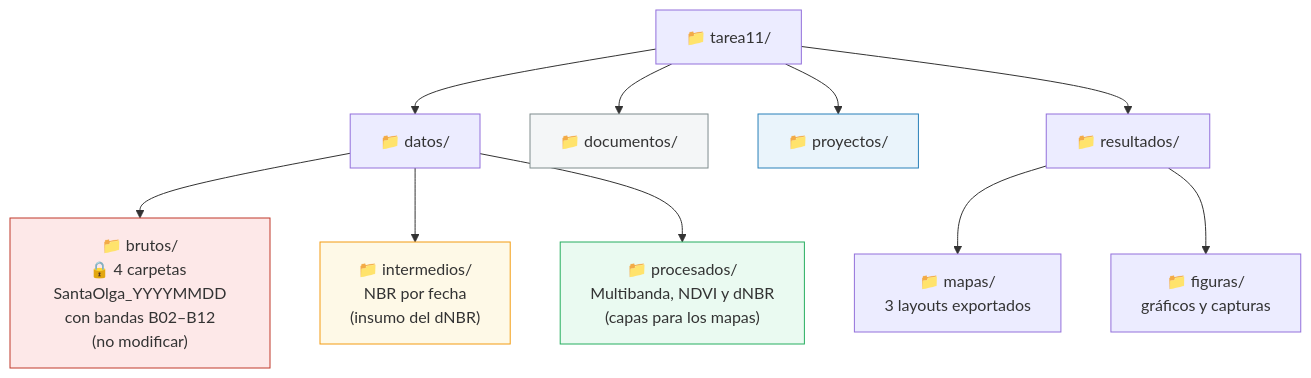
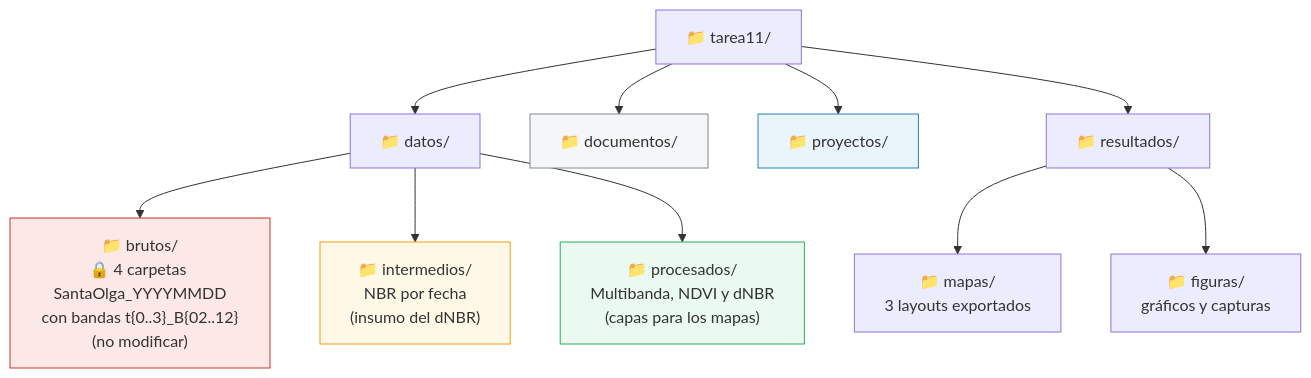
The diagram in homeworks/tarea11.qmd (felipejordanc/sus2211), drawn with Mermaid before and after one commit. The commit also changed other lines of this file and 28 other files, not shown here.

````diff
--- a/homeworks/tarea11.qmd
+++ b/homeworks/tarea11.qmd
@@ -81,20 +87,20 @@
 ```{mermaid}
 flowchart TD
     A["📁 tarea11/"] --> B["📁 datos/"]
     A --> C["📁 documentos/"]
     A --> D["📁 proyectos/"]
     A --> E["📁 resultados/"]
 
-    B --> F["📁 brutos/<br>🔒 4 carpetas SantaOlga_YYYYMMDD<br>con bandas B02–B12<br>(no modificar)"]
+    B --> F["📁 brutos/<br>🔒 4 carpetas SantaOlga_YYYYMMDD<br>con bandas t{0..3}_B{02..12}<br>(no modificar)"]
     B --> G["📁 intermedios/<br>NBR por fecha<br>(insumo del dNBR)"]
     B --> H["📁 procesados/<br>Multibanda, NDVI y dNBR<br>(capas para los mapas)"]
 
     E --> I["📁 mapas/<br>3 layouts exportados"]
     E --> J["📁 figuras/<br>gráficos y capturas"]
 
     style F fill:#fde8e8,stroke:#c0392b
     style G fill:#fef9e7,stroke:#f39c12
     style H fill:#eafaf1,stroke:#27ae60
     style D fill:#eaf4fb,stroke:#2980b9
     style C fill:#f4f6f7,stroke:#7f8c8d
 ```
````
